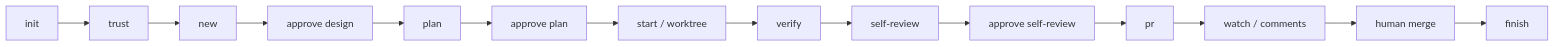
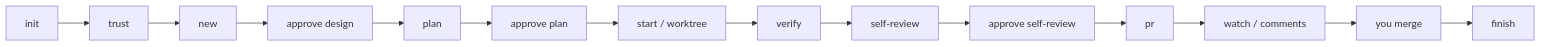
The diagram in README.md (PenguinSoul/claude-codeflow), drawn with Mermaid before and after one commit. The commit also changed other lines of this file and 1 other file, not shown here.

````diff
--- a/README.md
+++ b/README.md
@@ -65,16 +52,16 @@
 ```mermaid
 flowchart LR
   A[init] --> B[trust]
   B --> C[new]
   C --> D[approve design]
   D --> E[plan]
   E --> F[approve plan]
   F --> G[start / worktree]
   G --> H[verify]
   H --> I[self-review]
   I --> J[approve self-review]
   J --> K[pr]
   K --> L[watch / comments]
-  L --> M[human merge]
+  L --> M[you merge]
   M --> N[finish]
 ```
````
